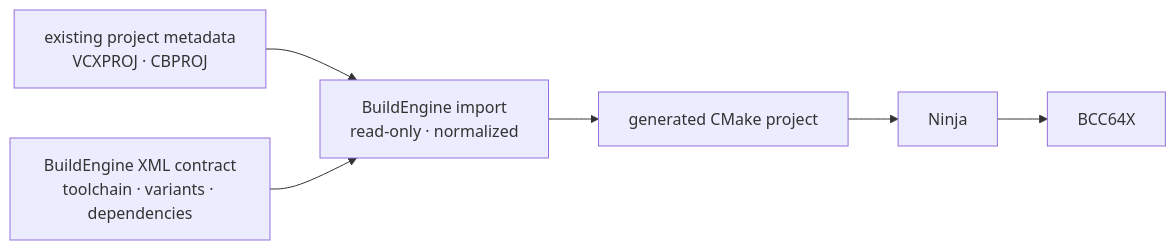
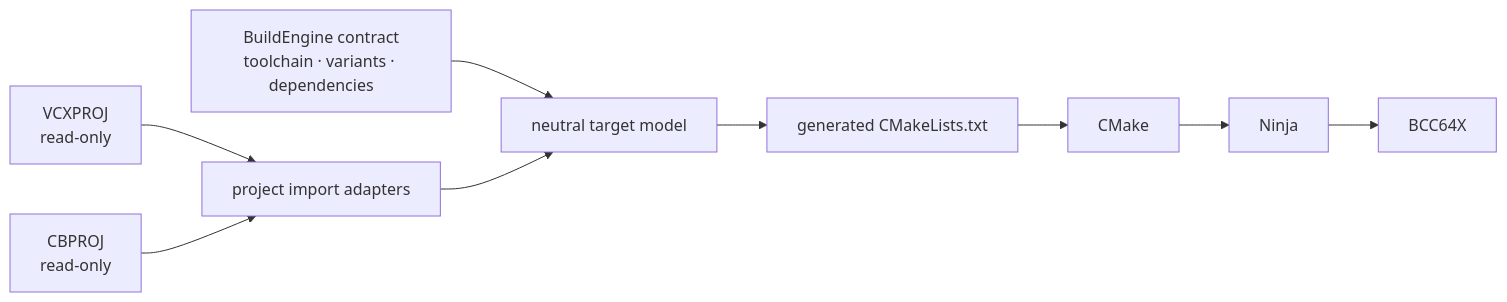
One commit to adeccscholar/BuildEngine-Admin changed the seventh of 15 diagrams in admin/server-docs/story.md. Above: the diagram before and after it, drawn with Mermaid. The commit also changed other lines of this file, not shown here.

Commit message:
Strengthen project import as BuildEngine architecture milestone

````diff
--- a/admin/server-docs/story.md
+++ b/admin/server-docs/story.md
@@ -436,8 +484,11 @@
 ```mermaid
 flowchart LR
-   Upstream["existing project metadata<br/>VCXPROJ · CBPROJ"] --> Import["BuildEngine import<br/>read-only · normalized"]
-   Contract["BuildEngine XML contract<br/>toolchain · variants · dependencies"] --> Import
-   Import --> CMake["generated CMake project"]
+   VS["VCXPROJ<br/>read-only"] --> Adapter["project import adapters"]
+   CB["CBPROJ<br/>read-only"] --> Adapter
+   XML["BuildEngine contract<br/>toolchain · variants · dependencies"] --> Model["neutral target model"]
+   Adapter --> Model
+   Model --> Generated["generated CMakeLists.txt"]
+   Generated --> CMake["CMake"]
    CMake --> Ninja["Ninja"]
    Ninja --> BCC["BCC64X"]
 ```
````
